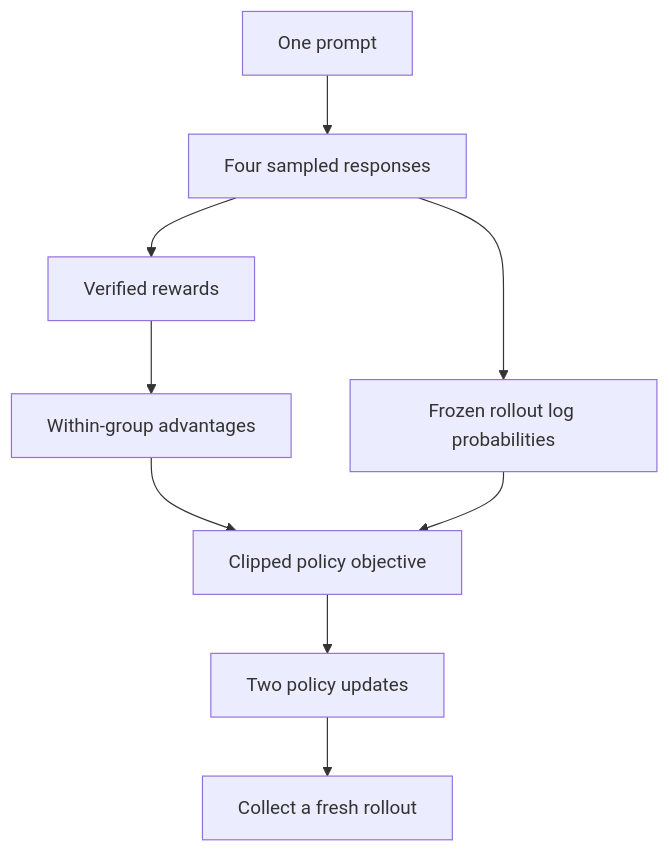
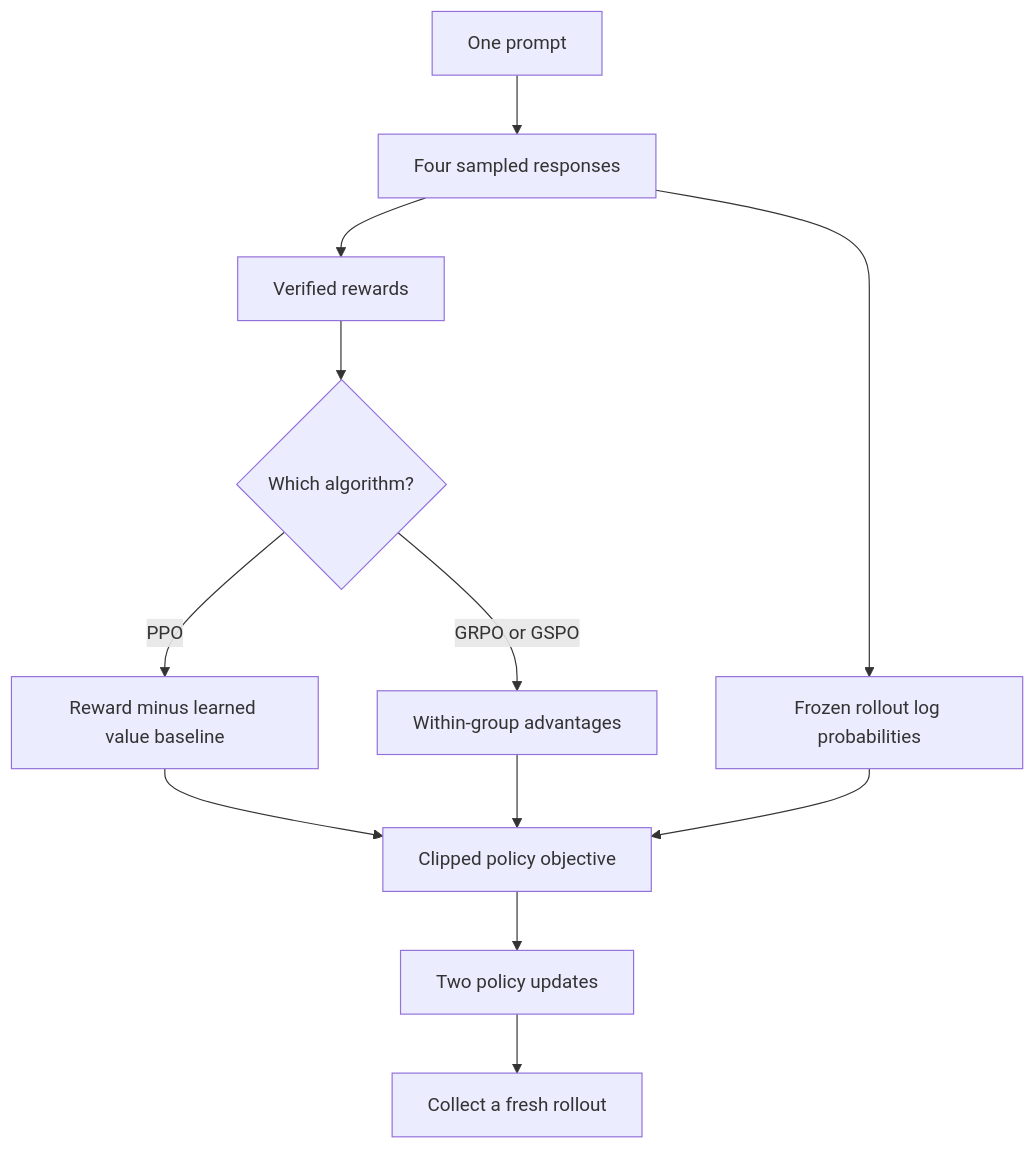
Before and after one commit to zelicerica/machine-learning-super-lab: the tenth of 14 diagrams in course/Modern-Language-Engineering.md, drawn with Mermaid. The commit also changed other lines of this file and 124 other files, not shown here.

````diff
--- a/course/Modern-Language-Engineering.md
+++ b/course/Modern-Language-Engineering.md
@@ -323,11 +328,14 @@
 ```mermaid
 flowchart TD
     P["One prompt"] --> G["Four sampled responses"]
     G --> R["Verified rewards"]
-    R --> A["Within-group advantages"]
+    R --> M{"Which algorithm?"}
+    M -->|"PPO"| V["Reward minus learned value baseline"]
+    M -->|"GRPO or GSPO"| A["Within-group advantages"]
+    V --> L
     G --> O["Frozen rollout log probabilities"]
     A --> L["Clipped policy objective"]
     O --> L
     L --> U["Two policy updates"]
     U --> N["Collect a fresh rollout"]
 ```
````
